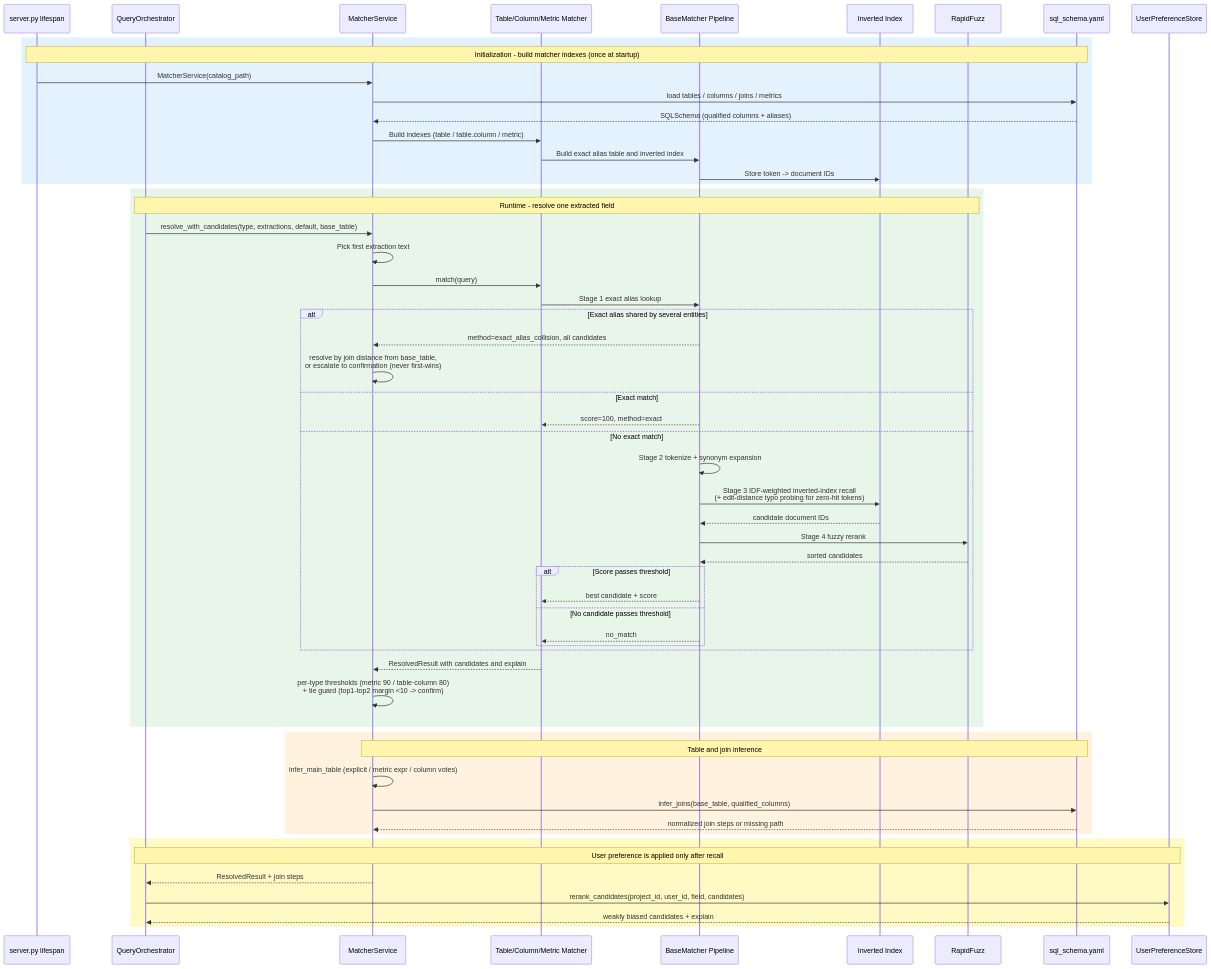
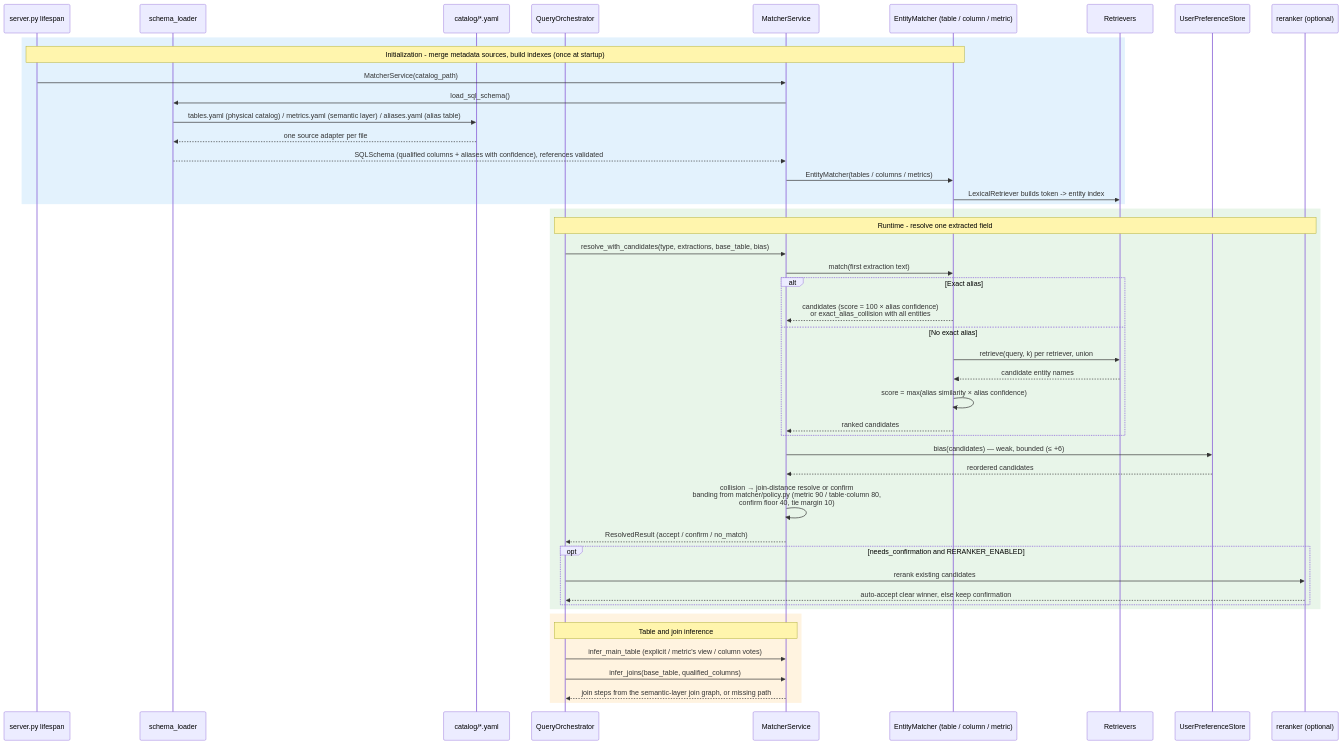
One commit to frankzh0330/query-agent changed the diagram in docs/diagrams/matcher-sequence.md. Above: the diagram before and after it, drawn with Mermaid. The commit also changed 46 other files, not shown here.

First line of the commit message:
refactor: split catalog into tables/metrics/aliases sources and simplify entity matching

````diff
--- a/docs/diagrams/matcher-sequence.md
+++ b/docs/diagrams/matcher-sequence.md
@@ -5,63 +5,52 @@
 ```mermaid
 sequenceDiagram
     participant Server as server.py lifespan
+    participant Loader as schema_loader
+    participant Files as catalog/*.yaml
     participant ORC as QueryOrchestrator
     participant MS as MatcherService
-    participant Matcher as Table/Column/Metric Matcher
-    participant Pipeline as BaseMatcher Pipeline
-    participant Index as Inverted Index
-    participant Fuzz as RapidFuzz
-    participant Schema as sql_schema.yaml
+    participant EM as EntityMatcher (table / column / metric)
+    participant Ret as Retrievers
     participant Pref as UserPreferenceStore
+    participant LLM as reranker (optional)
 
     rect rgb(227, 242, 253)
-    Note over Server,Schema: Initialization - build matcher indexes (once at startup)
+    Note over Server,EM: Initialization - merge metadata sources, build indexes (once at startup)
     Server->>MS: MatcherService(catalog_path)
-    MS->>Schema: load tables / columns / joins / metrics
-    Schema-->>MS: SQLSchema (qualified columns + aliases)
-    MS->>Matcher: Build indexes (table / table.column / metric)
-    Matcher->>Pipeline: Build exact alias table and inverted index
-    Pipeline->>Index: Store token -> document IDs
+    MS->>Loader: load_sql_schema()
+    Loader->>Files: tables.yaml (physical catalog) / metrics.yaml (semantic layer) / aliases.yaml (alias table)
+    Files-->>Loader: one source adapter per file
+    Loader-->>MS: SQLSchema (qualified columns + aliases with confidence), references validated
+    MS->>EM: EntityMatcher(tables / columns / metrics)
+    EM->>Ret: LexicalRetriever builds token -> entity index
     end
 
     rect rgb(232, 245, 233)
-    Note over ORC,Fuzz: Runtime - resolve one extracted field
-    ORC->>MS: resolve_with_candidates(type, extractions, default, base_table)
-    MS->>MS: Pick first extraction text
-    MS->>Matcher: match(query)
-    Matcher->>Pipeline: Stage 1 exact alias lookup
-    alt Exact alias shared by several entities
-        Pipeline-->>MS: method=exact_alias_collision, all candidates
-        MS->>MS: resolve by join distance from base_table,<br/>or escalate to confirmation (never first-wins)
-    else Exact match
-        Pipeline-->>Matcher: score=100, method=exact
-    else No exact match
-        Pipeline->>Pipeline: Stage 2 tokenize + synonym expansion
-        Pipeline->>Index: Stage 3 IDF-weighted inverted-index recall<br/>(+ edit-distance typo probing for zero-hit tokens)
-        Index-->>Pipeline: candidate document IDs
-        Pipeline->>Fuzz: Stage 4 fuzzy rerank
-        Fuzz-->>Pipeline: sorted candidates
-        alt Score passes threshold
-            Pipeline-->>Matcher: best candidate + score
-        else No candidate passes threshold
-            Pipeline-->>Matcher: no_match
-        end
+    Note over ORC,LLM: Runtime - resolve one extracted field
+    ORC->>MS: resolve_with_candidates(type, extractions, base_table, bias)
+    MS->>EM: match(first extraction text)
+    alt Exact alias
+        EM-->>MS: candidates (score = 100 × alias confidence)<br/>or exact_alias_collision with all entities
+    else No exact alias
+        EM->>Ret: retrieve(query, k) per retriever, union
+        Ret-->>EM: candidate entity names
+        EM->>EM: score = max(alias similarity × alias confidence)
+        EM-->>MS: ranked candidates
     end
-    Matcher-->>MS: ResolvedResult with candidates and explain
-    MS->>MS: per-type thresholds (metric 90 / table·column 80)<br/>+ tie guard (top1-top2 margin <10 -> confirm)
+    MS->>Pref: bias(candidates) — weak, bounded (≤ +6)
+    Pref-->>MS: reordered candidates
+    MS->>MS: collision → join-distance resolve or confirm<br/>banding from matcher/policy.py (metric 90 / table·column 80,<br/>confirm floor 40, tie margin 10)
+    MS-->>ORC: ResolvedResult (accept / confirm / no_match)
+    opt needs_confirmation and RERANKER_ENABLED
+        ORC->>LLM: rerank existing candidates
+        LLM-->>ORC: auto-accept clear winner, else keep confirmation
+    end
     end
 
     rect rgb(255, 243, 224)
-    Note over MS,Schema: Table and join inference
-    MS->>MS: infer_main_table (explicit / metric expr / column votes)
-    MS->>Schema: infer_joins(base_table, qualified_columns)
-    Schema-->>MS: normalized join steps or missing path
-    end
-
-    rect rgb(255, 249, 196)
-    Note over ORC,Pref: User preference is applied only after recall
-    MS-->>ORC: ResolvedResult + join steps
-    ORC->>Pref: rerank_candidates(project_id, user_id, field, candidates)
-    Pref-->>ORC: weakly biased candidates + explain
+    Note over ORC,MS: Table and join inference
+    ORC->>MS: infer_main_table (explicit / metric's view / column votes)
+    ORC->>MS: infer_joins(base_table, qualified_columns)
+    MS-->>ORC: join steps from the semantic-layer join graph, or missing path
     end
 ```
````
